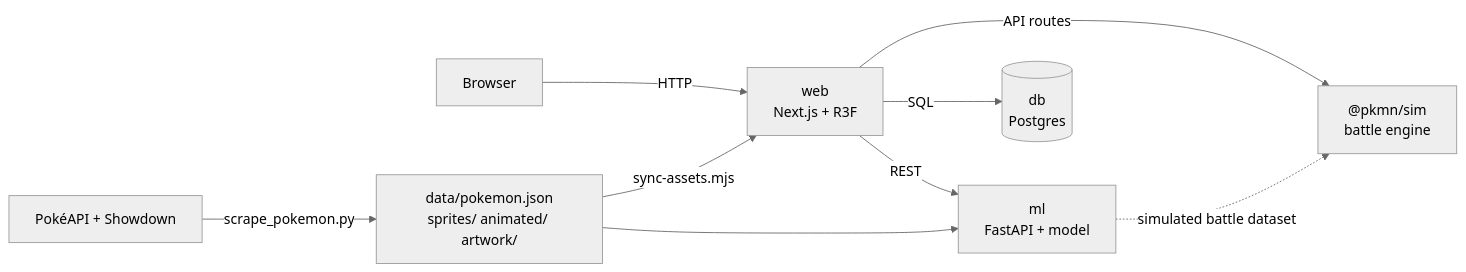
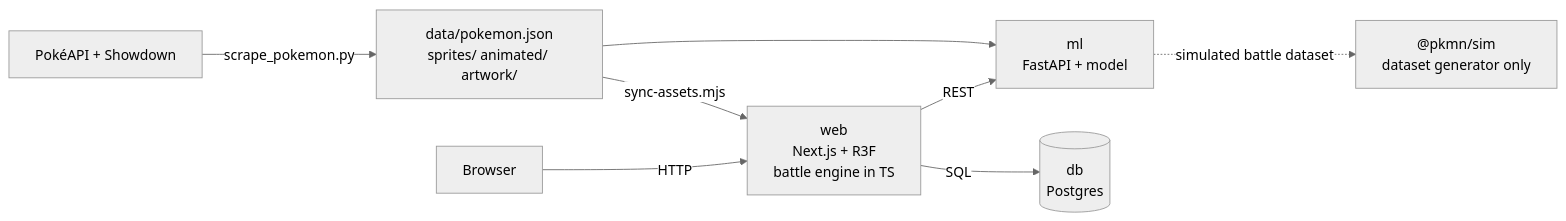
The diagram in README.md (larissagondim/pokedex-game), drawn with Mermaid (neutral theme) before and after one commit. The commit also changed other lines of this file, not shown here.

Commit message:
docs: README updated for the 1v1 battle engine

````diff
--- a/README.md
+++ b/README.md
@@ -72,11 +73,10 @@
 ```mermaid
 flowchart LR
-    U["Browser"] -->|HTTP| W["web<br/>Next.js + R3F"]
-    W -->|API routes| S["@pkmn/sim<br/>battle engine"]
+    U["Browser"] -->|HTTP| W["web<br/>Next.js + R3F<br/>battle engine in TS"]
     W -->|REST| M["ml<br/>FastAPI + model"]
     W -->|SQL| D[("db<br/>Postgres")]
-    M -.->|simulated battle dataset| S
+    M -.->|simulated battle dataset| S["@pkmn/sim<br/>dataset generator only"]
     P["PokéAPI + Showdown"] -->|scrape_pokemon.py| J["data/pokemon.json<br/>sprites/ animated/ artwork/"]
     J -->|sync-assets.mjs| W
     J --> M
 ```
````
